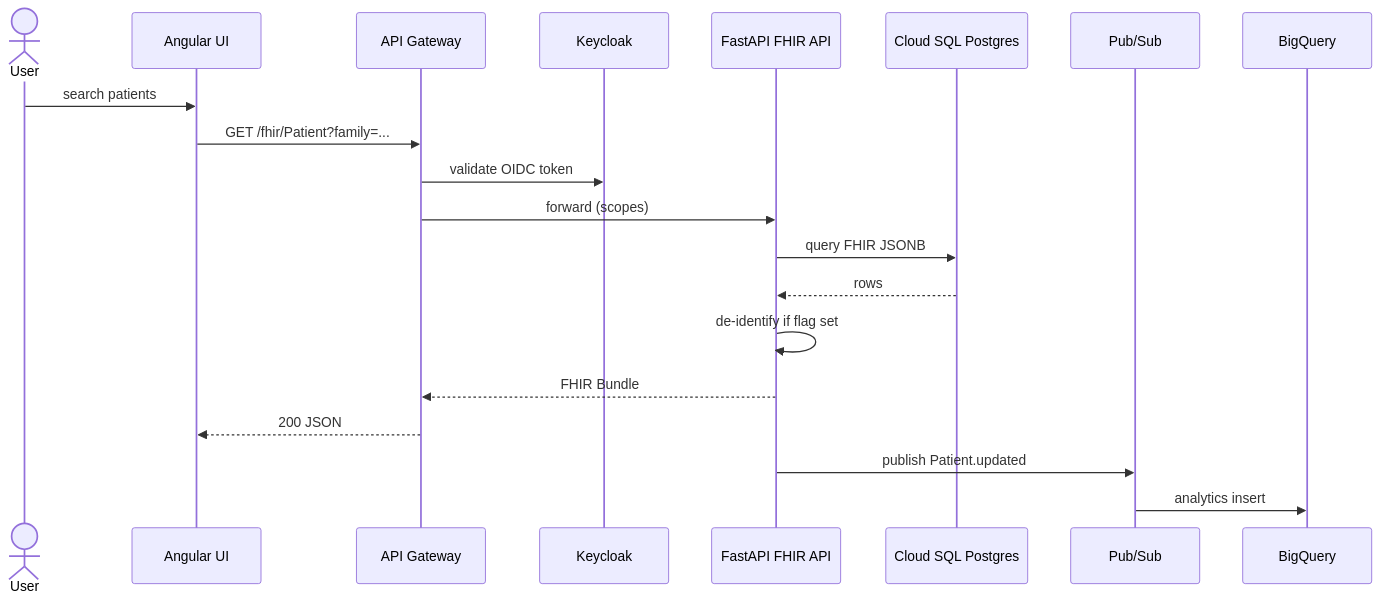
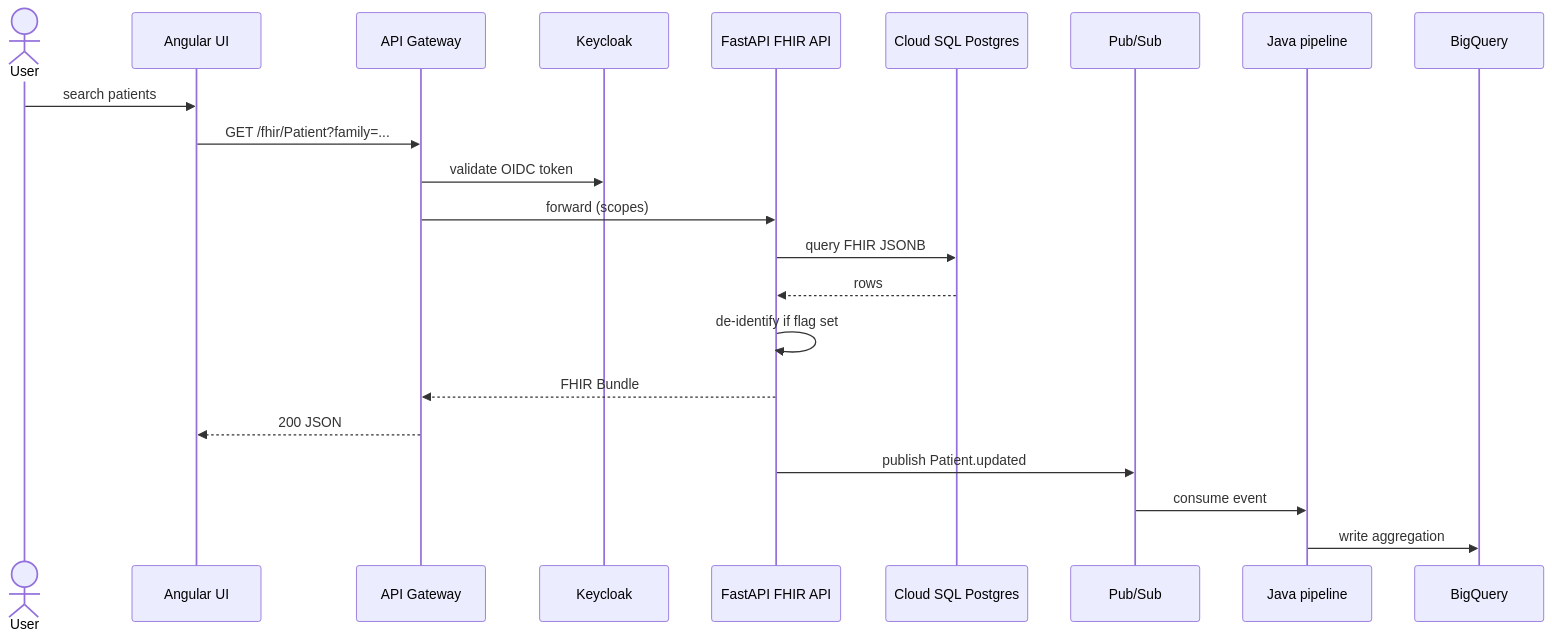
One commit to jielimanyili/fhir-healthcare-platform changed the third of 5 diagrams in docs/ARCHITECTURE.md. Above: the diagram before and after it, drawn with Mermaid. The commit also changed other lines of this file and 3 other files, not shown here.

Commit message:
docs: add ADR-0004 — Java Spring Boot event pipeline (Pub/Sub → BigQuery)

````diff
--- a/docs/ARCHITECTURE.md
+++ b/docs/ARCHITECTURE.md
@@ -46,23 +47,25 @@
 ```mermaid
 sequenceDiagram
   actor U as User
   participant UI as Angular UI
   participant G as API Gateway
   participant K as Keycloak
   participant F as FastAPI FHIR API
   participant P as Cloud SQL Postgres
   participant M as Pub/Sub
+  participant J as Java pipeline
   participant B as BigQuery
 
   U->>UI: search patients
   UI->>G: GET /fhir/Patient?family=...
   G->>K: validate OIDC token
   G->>F: forward (scopes)
   F->>P: query FHIR JSONB
   P-->>F: rows
   F->>F: de-identify if flag set
   F-->>G: FHIR Bundle
   G-->>UI: 200 JSON
   F->>M: publish Patient.updated
-  M->>B: analytics insert
+  M->>J: consume event
+  J->>B: write aggregation
 ```
````
